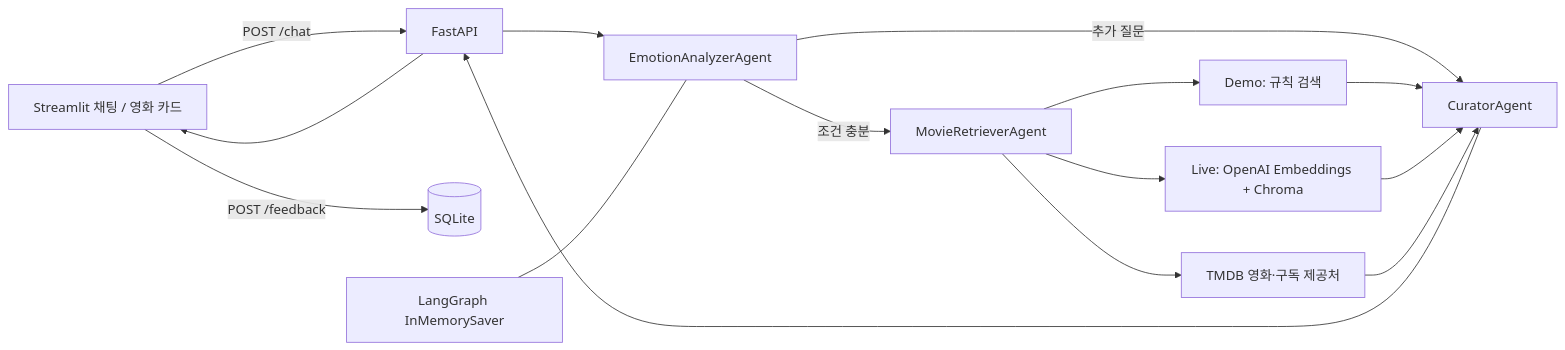
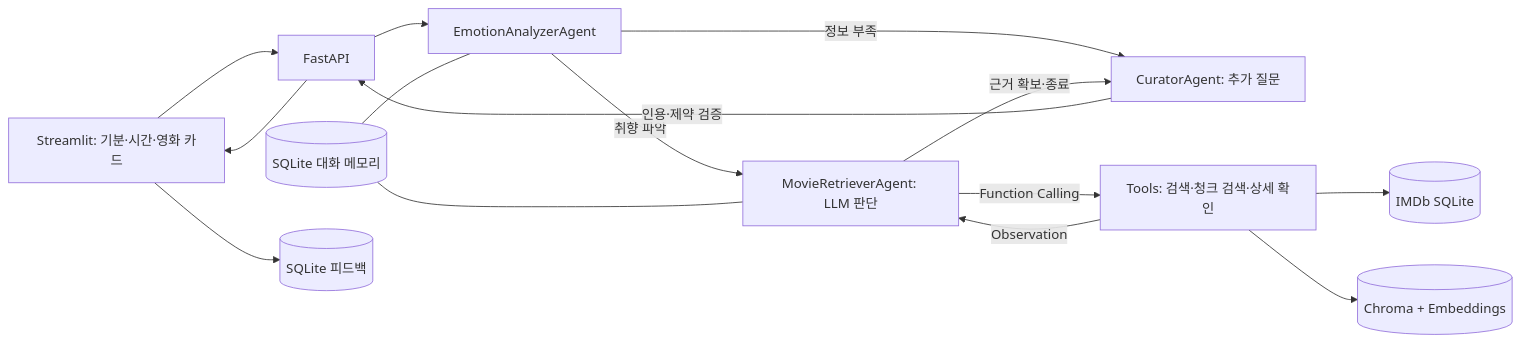
Before and after one commit to woocyan-create/movie-picker-ai: the diagram in README.md, drawn with Mermaid. The commit also changed other lines of this file and 25 other files, not shown here.

Commit message:
Implement IMDb dataset RAG, bounded ReAct tool calling, few-shot prompts and persistent memory

````diff
--- a/README.md
+++ b/README.md
@@ -65,17 +119,17 @@
 ```mermaid
 flowchart LR
-    U[Streamlit 채팅 / 영화 카드] -->|POST /chat| API[FastAPI]
+    UI[Streamlit: 기분·시간·영화 카드] --> API[FastAPI]
     API --> E[EmotionAnalyzerAgent]
-    E -->|조건 충분| R[MovieRetrieverAgent]
-    E -->|추가 질문| C[CuratorAgent]
-    R --> D[Demo: 규칙 검색]
-    R --> V[Live: OpenAI Embeddings + Chroma]
-    R --> T[TMDB 영화·구독 제공처]
-    D --> C
-    V --> C
-    T --> C
-    C --> API
-    API --> U
-    U -->|POST /feedback| F[(SQLite)]
-    M[LangGraph InMemorySaver] --- E
+    E -->|취향 파악| R[MovieRetrieverAgent: LLM 판단]
+    E -->|정보 부족| C[CuratorAgent: 추가 질문]
+    R -->|Function Calling| T[Tools: 검색·청크 검색·상세 확인]
+    T -->|Observation| R
+    T --> I[(IMDb SQLite)]
+    T --> V[(Chroma + Embeddings)]
+    R -->|근거 확보·종료| C
+    C -->|인용·제약 검증| API
+    API --> UI
+    M[(SQLite 대화 메모리)] --- E
+    M --- R
+    UI --> F[(SQLite 피드백)]
 ```
````
